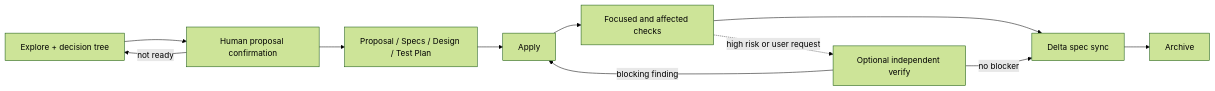
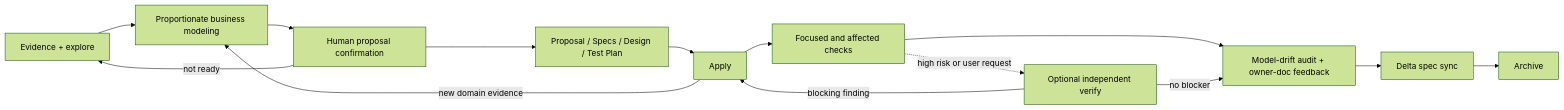
One commit to hataketed7977/taskpilot changed the second of 2 diagrams in docs/architecture.md. Above: the diagram before and after it, drawn with Mermaid (forest theme). The commit also changed other lines of this file and 6 other files, not shown here.

Commit message:
chore(openspec): enforce model feedback loop

````diff
--- a/docs/architecture.md
+++ b/docs/architecture.md
@@ -214,17 +214,20 @@
 ```mermaid
 flowchart LR
-    explore["Explore + decision tree"]
+    explore["Evidence + explore"]
+    model["Proportionate business modeling"]
     confirm["Human proposal confirmation"]
     plan["Proposal / Specs / Design / Test Plan"]
     apply["Apply"]
     checks["Focused and affected checks"]
+    feedback["Model-drift audit + owner-doc feedback"]
     verify["Optional independent verify"]
     sync["Delta spec sync"]
     archive["Archive"]
 
-    explore --> confirm --> plan --> apply --> checks --> sync --> archive
+    explore --> model --> confirm --> plan --> apply --> checks --> feedback --> sync --> archive
     confirm -->|not ready| explore
     checks -. high risk or user request .-> verify
     verify -->|blocking finding| apply
-    verify -->|no blocker| sync
+    verify -->|no blocker| feedback
+    apply -->|new domain evidence| model
 ```
````
